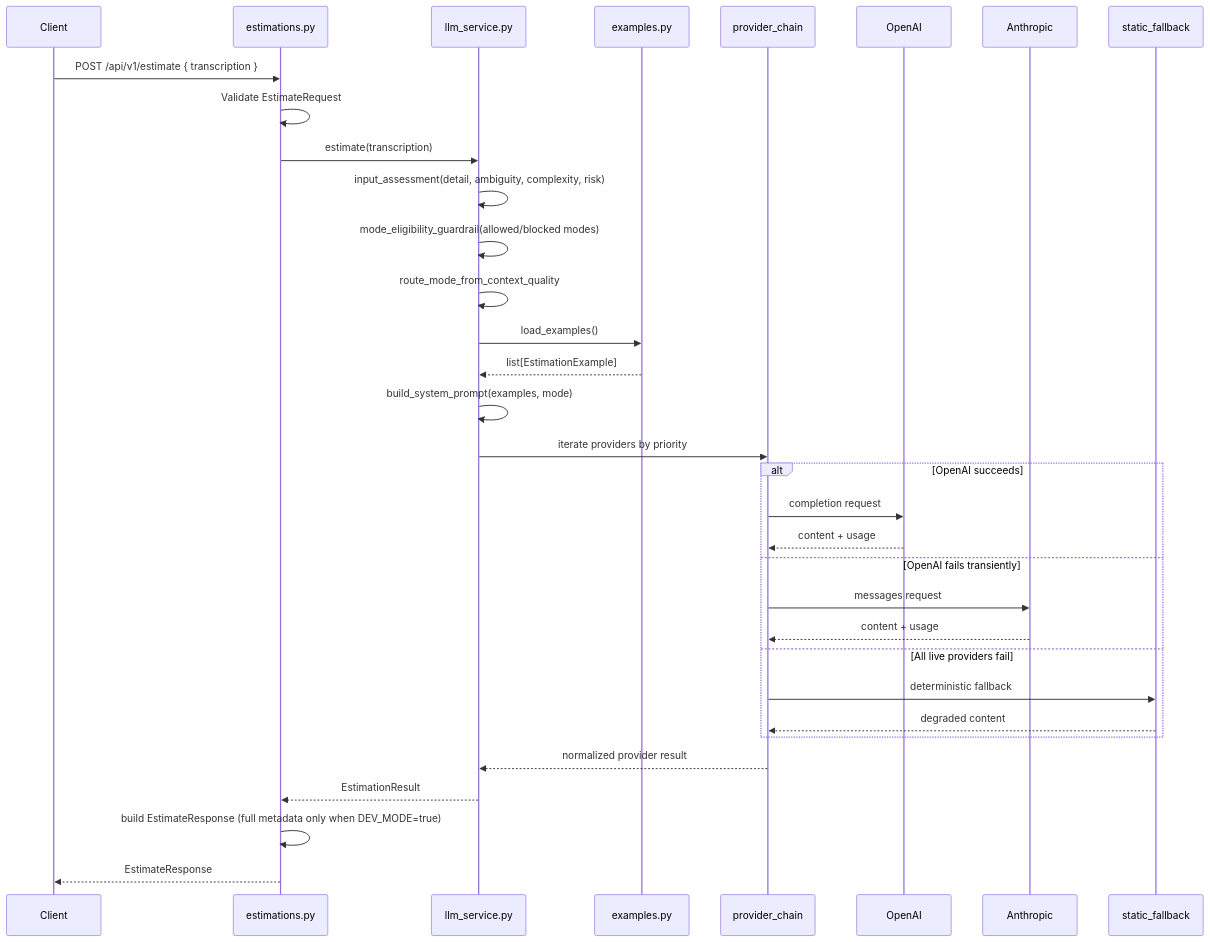
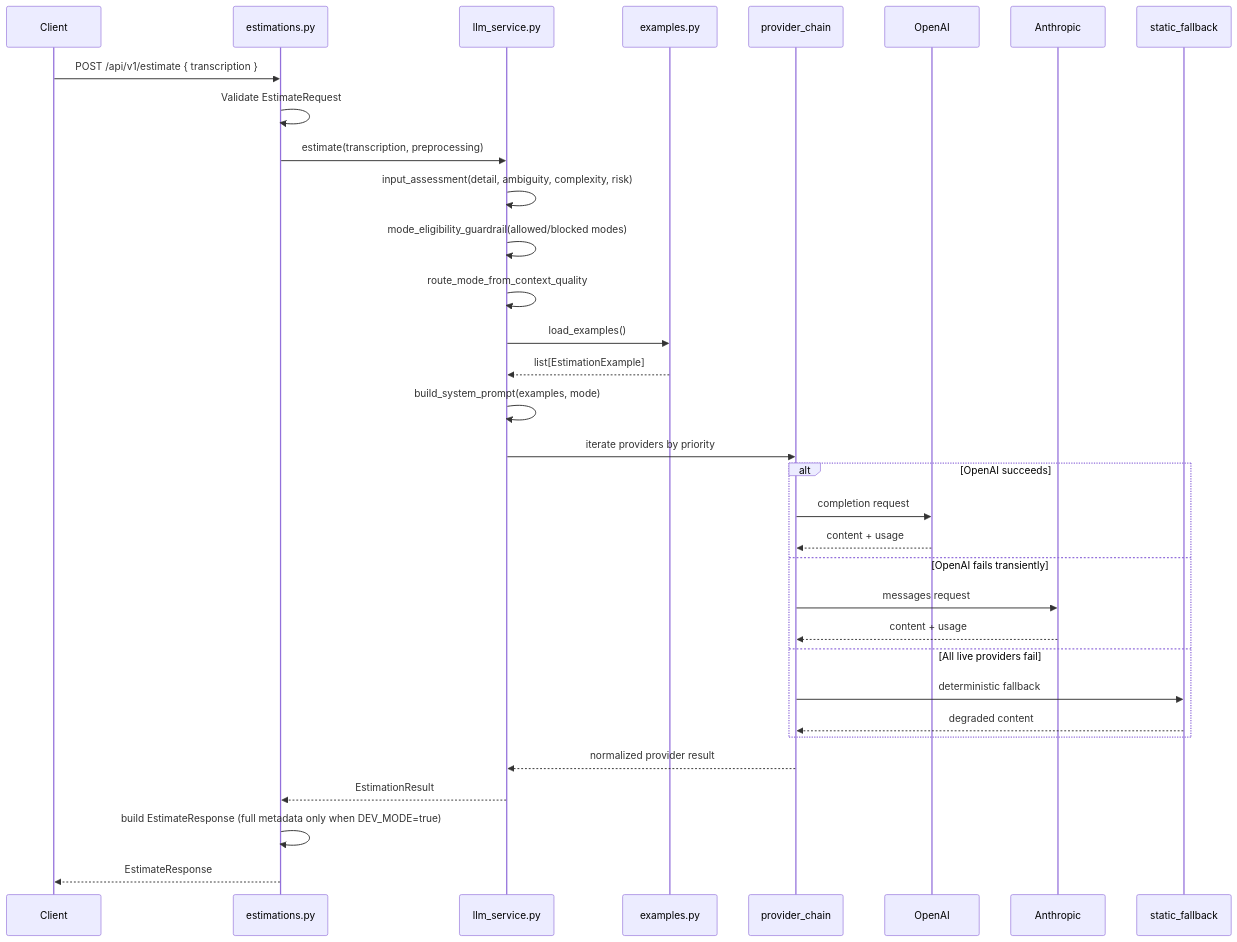
Before and after one commit to povedica/master-ia-lidr: the second of 2 diagrams in proyectos/estimador-cag/docs/technical/README.md, drawn with Mermaid. The commit also changed other lines of this file and 44 other files, not shown here.

````diff
--- a/proyectos/estimador-cag/docs/technical/README.md
+++ b/proyectos/estimador-cag/docs/technical/README.md
@@ -282,36 +307,36 @@
 ```mermaid
 sequenceDiagram
     participant Client
     participant Router as estimations.py
     participant Service as llm_service.py
     participant Context as examples.py
     participant Chain as provider_chain
     participant OpenAI
     participant Anthropic
     participant Static as static_fallback
 
     Client->>Router: POST /api/v1/estimate { transcription }
     Router->>Router: Validate EstimateRequest
-    Router->>Service: estimate(transcription)
+    Router->>Service: estimate(transcription, preprocessing)
     Service->>Service: input_assessment(detail, ambiguity, complexity, risk)
     Service->>Service: mode_eligibility_guardrail(allowed/blocked modes)
     Service->>Service: route_mode_from_context_quality
     Service->>Context: load_examples()
     Context-->>Service: list[EstimationExample]
     Service->>Service: build_system_prompt(examples, mode)
     Service->>Chain: iterate providers by priority
     alt OpenAI succeeds
         Chain->>OpenAI: completion request
         OpenAI-->>Chain: content + usage
     else OpenAI fails transiently
         Chain->>Anthropic: messages request
         Anthropic-->>Chain: content + usage
     else All live providers fail
         Chain->>Static: deterministic fallback
         Static-->>Chain: degraded content
     end
     Chain-->>Service: normalized provider result
     Service-->>Router: EstimationResult
     Router->>Router: build EstimateResponse (full metadata only when DEV_MODE=true)
     Router-->>Client: EstimateResponse
 ```
````
